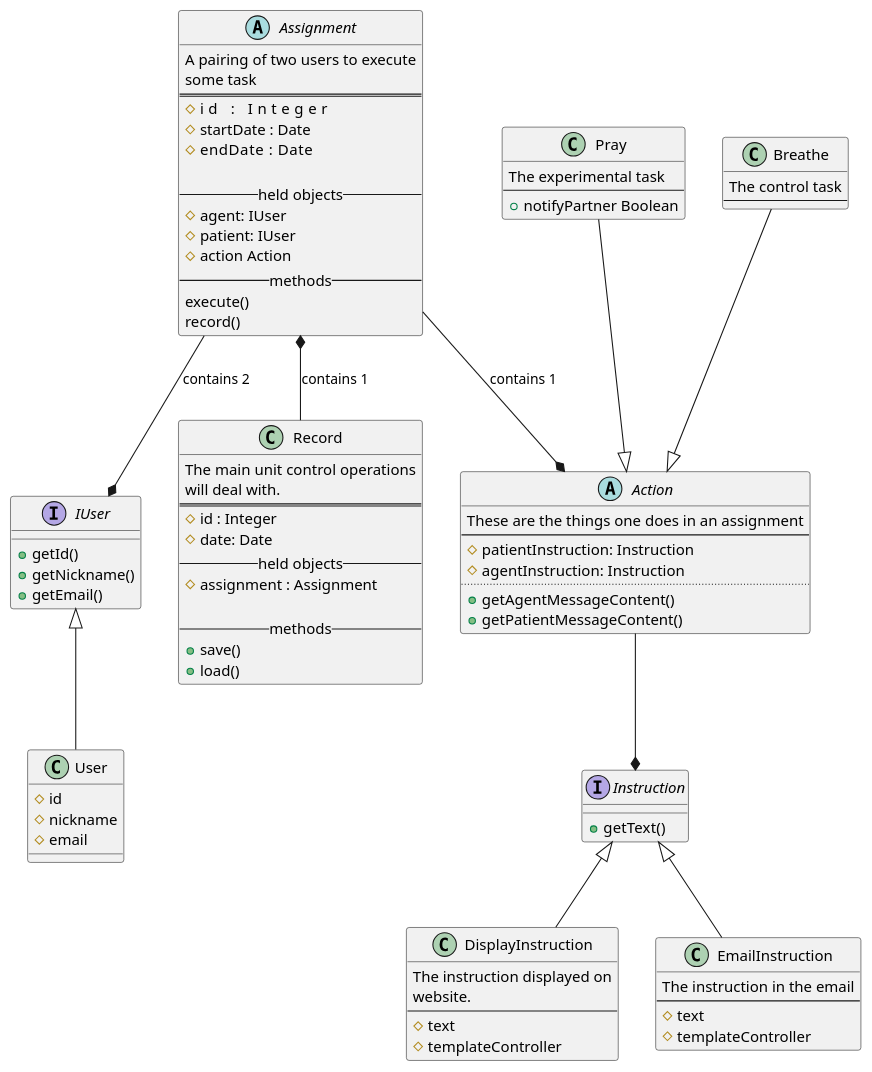
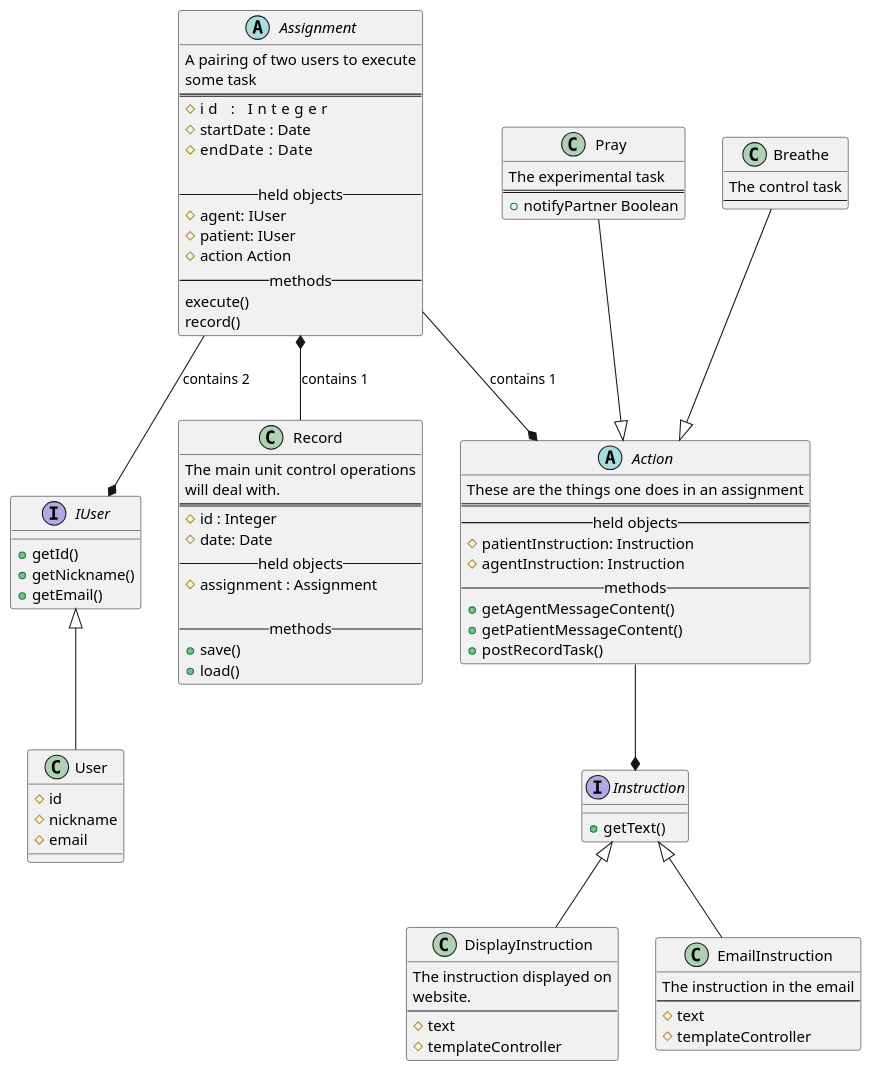
The diagram in docs/user_assignments.puml (PainNarrativesLab/PainPrayerProject), drawn with PlantUML before and after one commit. The commit also changed 33 other files, not shown here.

```diff
--- a/docs/user_assignments.puml
+++ b/docs/user_assignments.puml
@@ -1,101 +1,103 @@
 @startuml
 
 interface IUser{
     +getId()
     +getNickname()
     +getEmail()
 }
 IUser <|-- User
 class User {
 #id
 #nickname
 #email
 }
 
 
 
 abstract class Action{
     These are the things one does in an assignment
-    ---
+    ====
+    --held objects--
     #patientInstruction: Instruction
     #agentInstruction: Instruction
-    ....
+    --methods--
     +getAgentMessageContent()
     +getPatientMessageContent()
+    +postRecordTask()
 }
 class Pray{
     The experimental task
-    ----
+    ====
     +notifyPartner Boolean
 }
 
 class Breathe{
     The control task
     ----
 }
 
 interface Instruction{
     +getText()
 }
 
 class DisplayInstruction{
 The instruction displayed on
 website.
 ----
 #text
 #templateController
 }
 
 class EmailInstruction{
 The instruction in the email
 ----
 #text
 #templateController
 }
 Instruction <|-- EmailInstruction
 Instruction <|-- DisplayInstruction
 
 
 
 abstract class Assignment{
 A pairing of two users to execute
 some task
 ====
 #id              : Integer
 #startDate : Date
 #endDate   : Date
 
 -- held objects --
 #agent: IUser
 #patient: IUser
 #action Action
 -- methods --
 execute()
 record()
 }
 
 class Record{
 The main unit control operations
 will deal with.
 ====
 #id : Integer
 #date: Date
 -- held objects --
 #assignment : Assignment
 
 -- methods --
 +save()
 +load()
 }
 
 Record -up-* Assignment : contains 1
 
 Pray --|> Action
 Breathe --|> Action
 Action --* Instruction
 
 Assignment --* Action : contains 1
 Assignment --* IUser : contains 2
 
 
 @enduml
```
